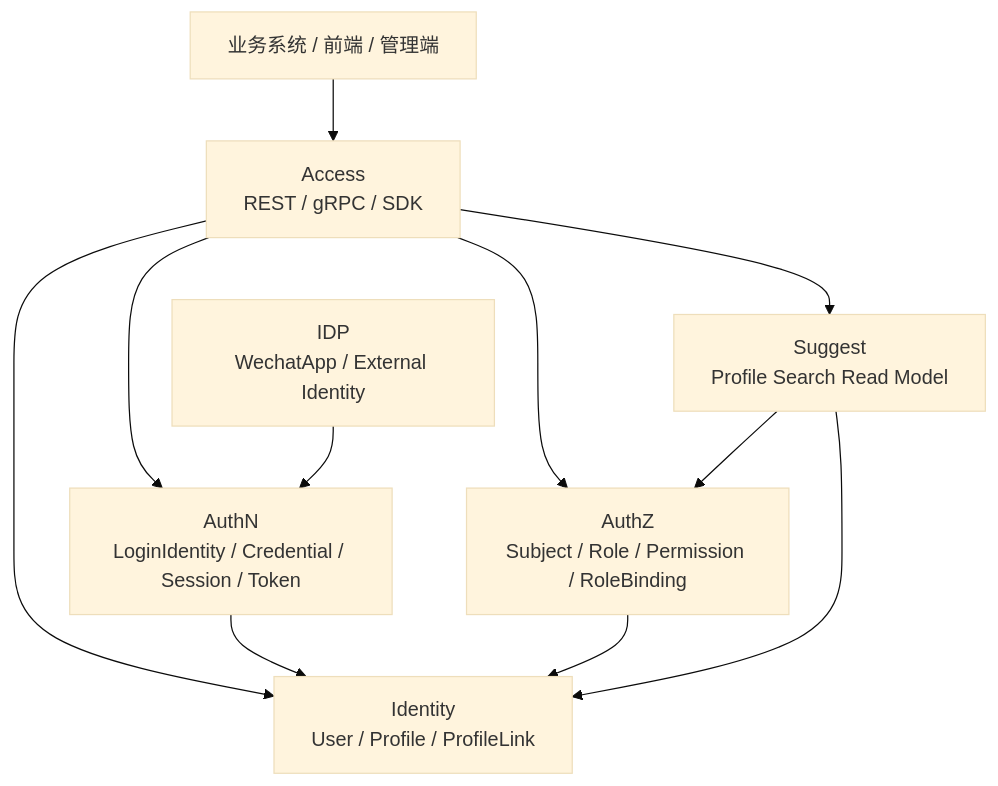
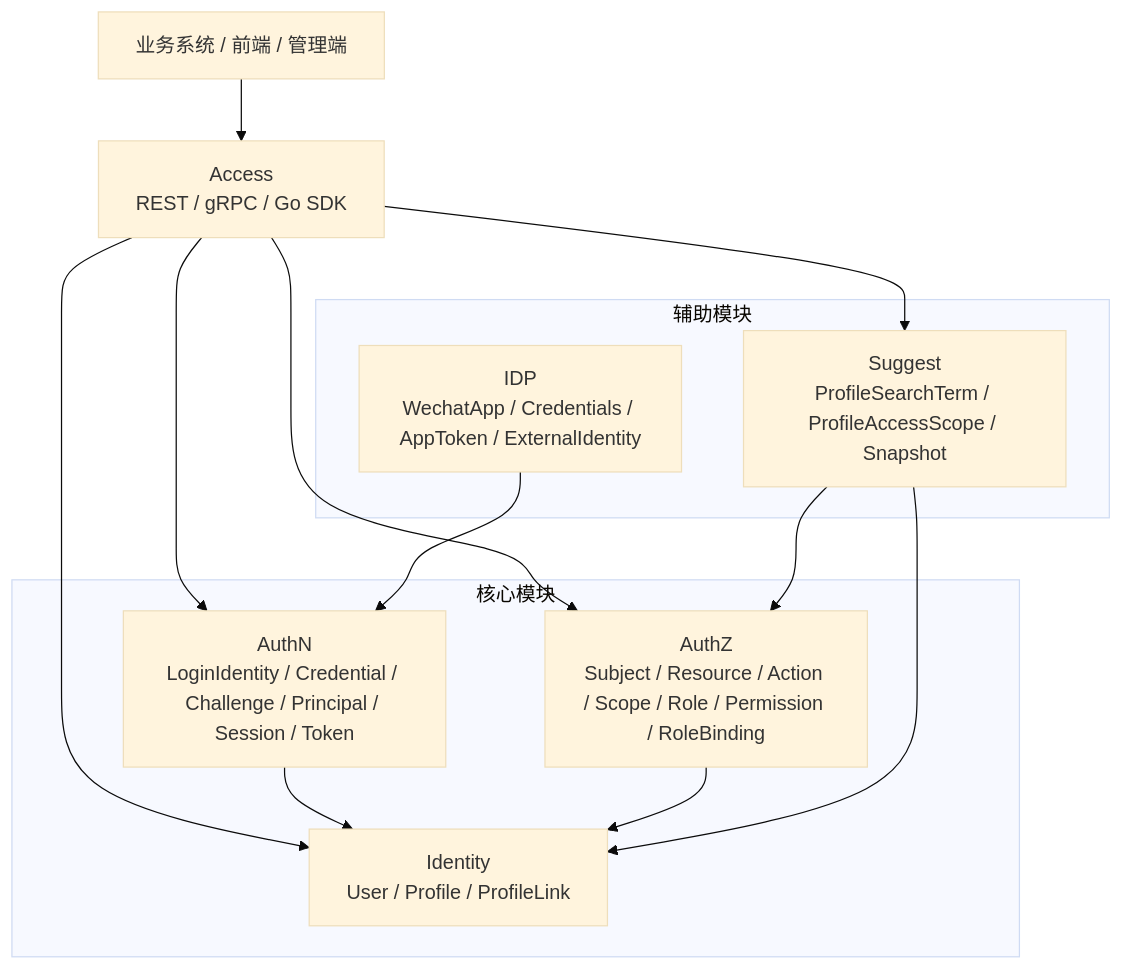
Before and after one commit to FangcunMount/iam: the diagram in docs/00-概览/README.md, drawn with Mermaid (base theme). The commit also changed other lines of this file and 5 other files, not shown here.

````diff
--- a/docs/00-概览/README.md
+++ b/docs/00-概览/README.md
@@ -27,21 +77,29 @@
 ```mermaid
 flowchart TD
     Client["业务系统 / 前端 / 管理端"]
-    Access["Access\nREST / gRPC / SDK"]
-    Identity["Identity\nUser / Profile / ProfileLink"]
-    AuthN["AuthN\nLoginIdentity / Credential / Session / Token"]
-    AuthZ["AuthZ\nSubject / Role / Permission / RoleBinding"]
-    IDP["IDP\nWechatApp / External Identity"]
-    Suggest["Suggest\nProfile Search Read Model"]
+    Access["Access\nREST / gRPC / Go SDK"]
+
+    subgraph Core["核心模块"]
+        Identity["Identity\nUser / Profile / ProfileLink"]
+        AuthN["AuthN\nLoginIdentity / Credential / Challenge / Principal / Session / Token"]
+        AuthZ["AuthZ\nSubject / Resource / Action / Scope / Role / Permission / RoleBinding"]
+    end
+
+    subgraph Support["辅助模块"]
+        IDP["IDP\nWechatApp / Credentials / AppToken / ExternalIdentity"]
+        Suggest["Suggest\nProfileSearchTerm / ProfileAccessScope / Snapshot"]
+    end
 
     Client --> Access
+
+    Access --> Identity
     Access --> AuthN
     Access --> AuthZ
-    Access --> Identity
     Access --> Suggest
+
     IDP --> AuthN
     AuthN --> Identity
     AuthZ --> Identity
     Suggest --> Identity
     Suggest --> AuthZ
 ```
````
